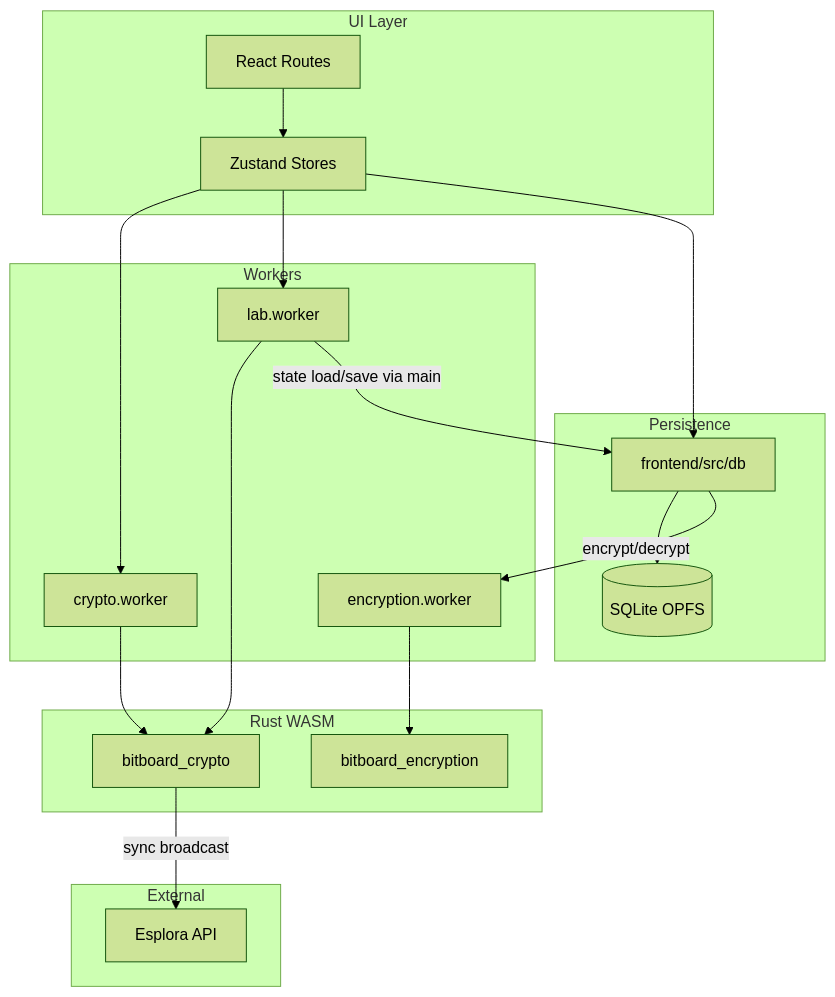
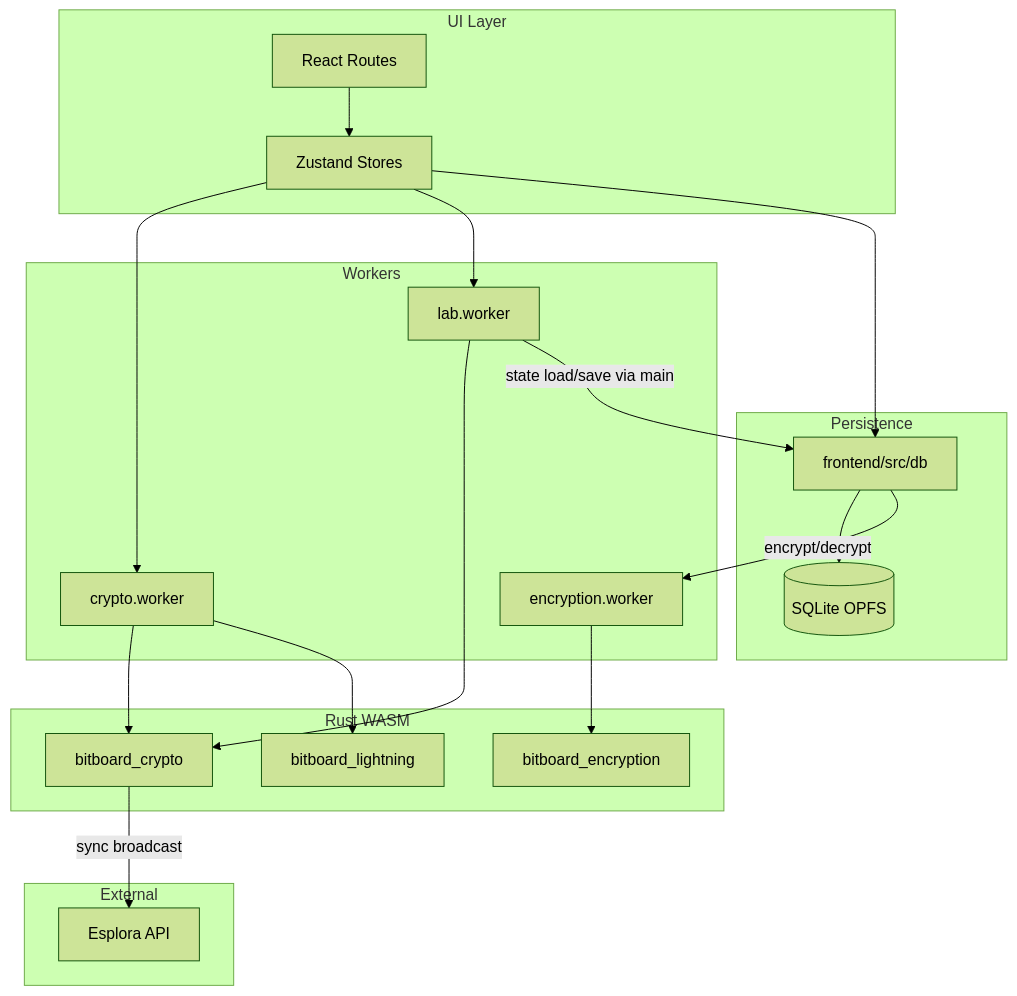
Before and after one commit to Radivis/bitboard-pwa-wallet: the diagram in doc/ARCHITECTURE.md, drawn with Mermaid (forest theme). The commit also changed other lines of this file and 12 other files, not shown here.

````diff
--- a/doc/ARCHITECTURE.md
+++ b/doc/ARCHITECTURE.md
@@ -57,34 +57,36 @@
 ```mermaid
 flowchart TB
   subgraph ui [UI Layer]
     Routes[React Routes]
     Stores[Zustand Stores]
   end
   subgraph workers [Workers]
     CryptoWorker[crypto.worker]
     LabWorker[lab.worker]
     EncryptionWorker[encryption.worker]
   end
   subgraph rust [Rust WASM]
     WasmPkg[bitboard_crypto]
     EncryptionWasm[bitboard_encryption]
+    LightningWasm[bitboard_lightning]
   end
   subgraph persistence [Persistence]
     Db[frontend/src/db]
     SQLite[(SQLite OPFS)]
   end
   subgraph external [External]
     Esplora[Esplora API]
   end
   Routes --> Stores
   Stores --> CryptoWorker
   Stores --> LabWorker
   CryptoWorker --> WasmPkg
+  CryptoWorker --> LightningWasm
   LabWorker --> WasmPkg
   EncryptionWorker --> EncryptionWasm
   Db --> SQLite
   Db -->|"encrypt/decrypt"| EncryptionWorker
   Stores --> Db
   LabWorker -->|"state load/save via main"| Db
   WasmPkg -->|"sync broadcast"| Esplora
 ```
````
